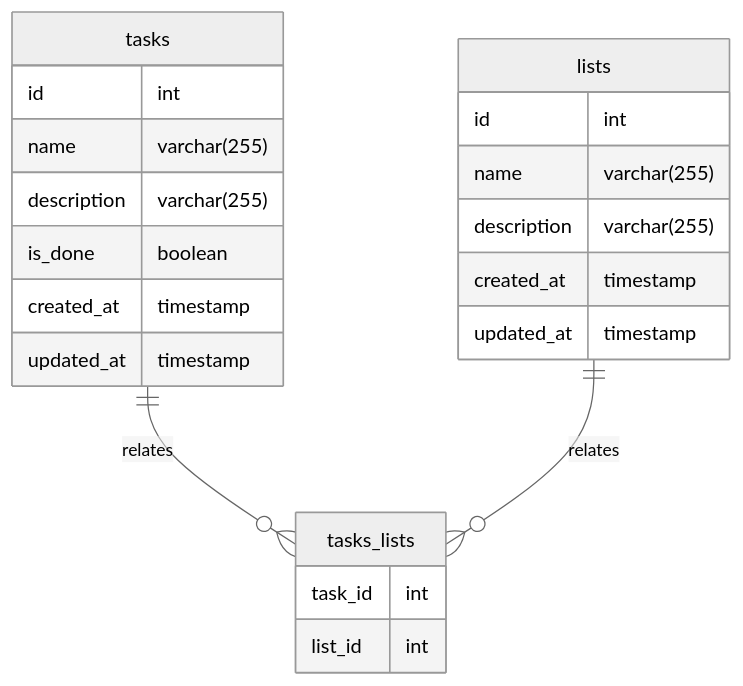
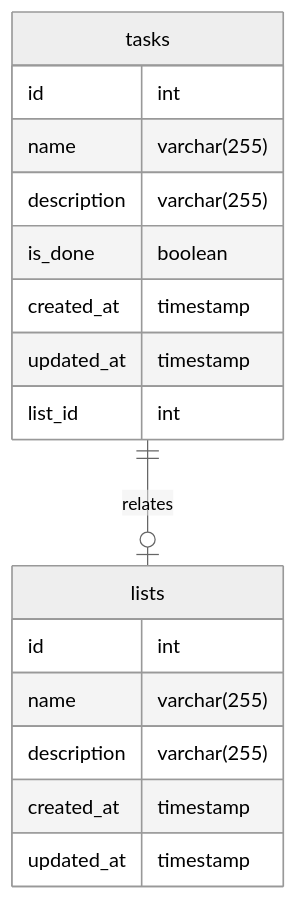
The diagram in README.md (jonathas/todo-service), drawn with Mermaid (neutral theme) before and after one commit. The commit also changed 14 other files, not shown here.

Commit message:
feat: a task belongs to only one list

````diff
--- a/README.md
+++ b/README.md
@@ -59,25 +59,21 @@
 ```mermaid
 erDiagram
-    tasks ||--o{ tasks_lists : relates
-    lists ||--o{ tasks_lists : relates
+    tasks ||--o| lists : relates
 
     tasks {
         id int
         name varchar(255)
         description varchar(255)
         is_done boolean
         created_at timestamp
         updated_at timestamp
+        list_id int
     }
     lists {
       id int
       name varchar(255)
       description varchar(255)
       created_at timestamp
       updated_at timestamp
     }
-    tasks_lists {
-      task_id int
-      list_id int
-    }
 ```
````
